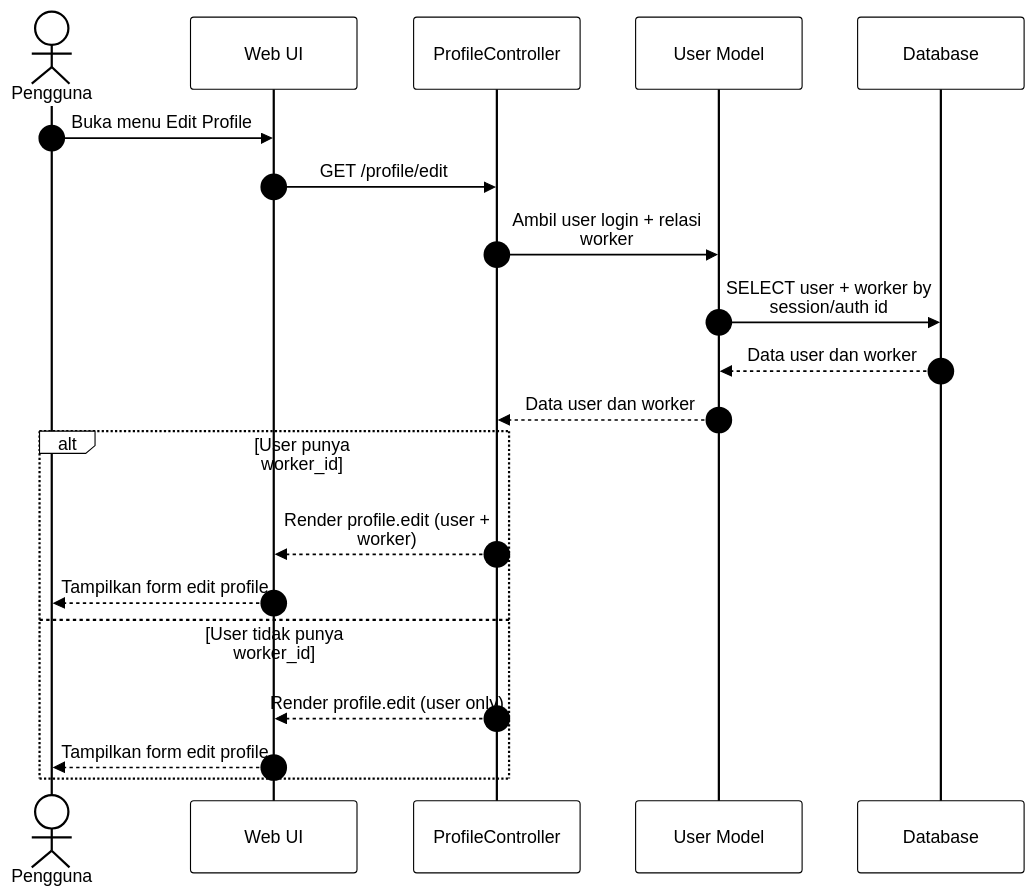
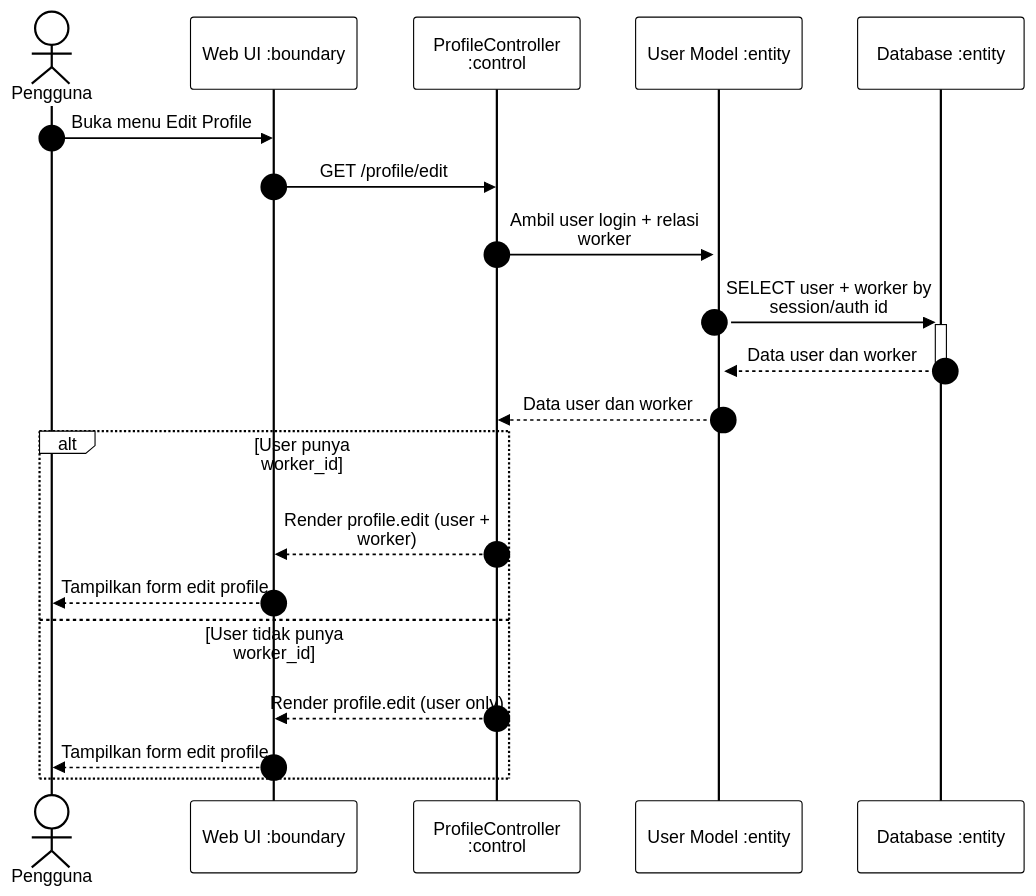
Before and after one commit to SulaimanHafi23/SimpegRSHDI: the diagram in docs/SequenceDiagram/Profil-EditProfile.mermaid, drawn with Mermaid. The commit also changed 243 other files, not shown here.

Commit message:
sequence diagram terbaru

```diff
--- a/docs/SequenceDiagram/Profil-EditProfile.mermaid
+++ b/docs/SequenceDiagram/Profil-EditProfile.mermaid
@@ -1,22 +1,22 @@
 %%{init: {"theme": "base", "themeVariables": {"background": "#dddddd", "primaryColor": "#ffffff", "primaryBorderColor": "#000000", "primaryTextColor": "#000000", "lineColor": "#000000", "textColor": "#000000", "actorBkg": "#ffffff", "actorBorder": "#000000", "actorTextColor": "#000000", "activationBkgColor": "#ffffff", "activationBorderColor": "#000000", "signalColor": "#000000", "signalTextColor": "#000000", "labelBoxBkgColor": "#ffffff", "labelBoxBorderColor": "#000000", "labelTextColor": "#000000", "sequenceNumberColor": "#000000", "noteBkgColor": "#ffffff", "noteBorderColor": "#000000", "noteTextColor": "#000000"}, "sequence": {"useMaxWidth": true, "wrap": true, "messageFontSize": 12, "noteFontSize": 12}}}%%
 sequenceDiagram
     autonumber
     actor A as Pengguna
-    participant UI as Web UI
-    participant C as ProfileController
-    participant M as User Model
-    participant DB as Database
+    participant UI as Web UI :boundary
+    participant C as ProfileController :control
+    participant M as User Model :entity
+    participant DB as Database :entity
 
     A->>UI: Buka menu Edit Profile
     UI->>C: GET /profile/edit
-    C->>M: Ambil user login + relasi worker
-    M->>DB: SELECT user + worker by session/auth id
-    DB-->>M: Data user dan worker
+    C->>+M: Ambil user login + relasi worker
+    M->>+DB: SELECT user + worker by session/auth id
+    DB-->>-M: Data user dan worker
     M-->>C: Data user dan worker
     alt User punya worker_id
         C-->>UI: Render profile.edit (user + worker)
         UI-->>A: Tampilkan form edit profile
     else User tidak punya worker_id
         C-->>UI: Render profile.edit (user only)
         UI-->>A: Tampilkan form edit profile
     end
```
